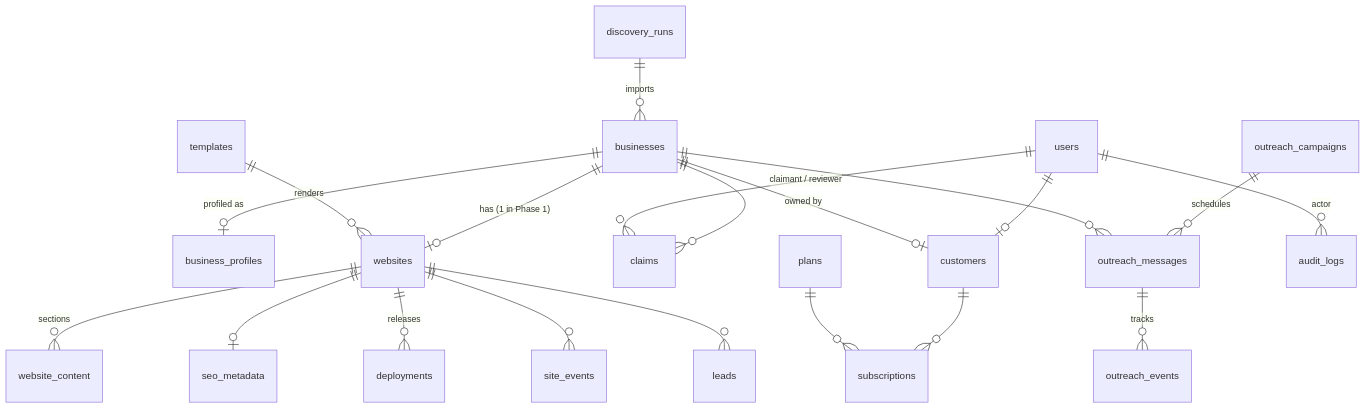
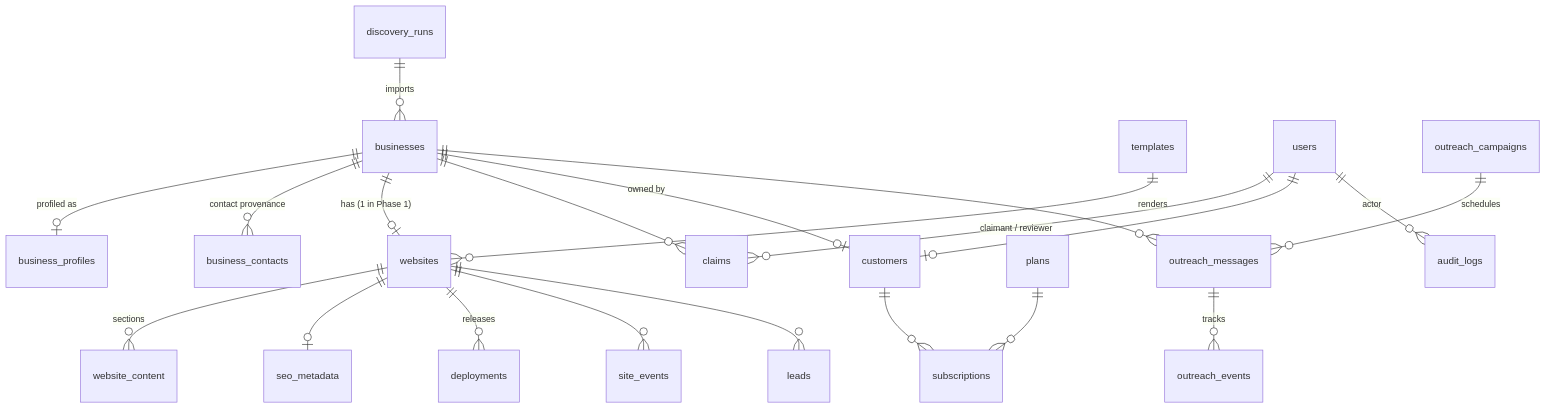
Before and after one commit to samgamoza/gumaweb: the diagram in docs/DATABASE_DESIGN.md, drawn with Mermaid. The commit also changed other lines of this file and 20 other files, not shown here.

First line of the commit message:
Add domain-level suppression and contact provenance (port step 2)

````diff
--- a/docs/DATABASE_DESIGN.md
+++ b/docs/DATABASE_DESIGN.md
@@ -22,22 +22,23 @@
 ```mermaid
 erDiagram
     discovery_runs ||--o{ businesses : imports
     businesses ||--o| business_profiles : "profiled as"
+    businesses ||--o{ business_contacts : "contact provenance"
     businesses ||--o| websites : "has (1 in Phase 1)"
     templates ||--o{ websites : renders
     websites ||--o{ website_content : "sections"
     websites ||--o| seo_metadata : ""
     websites ||--o{ deployments : "releases"
     websites ||--o{ site_events : ""
     websites ||--o{ leads : ""
     businesses ||--o{ claims : ""
     users ||--o{ claims : "claimant / reviewer"
     users ||--o| customers : ""
     businesses ||--o| customers : "owned by"
     customers ||--o{ subscriptions : ""
     plans ||--o{ subscriptions : ""
     outreach_campaigns ||--o{ outreach_messages : schedules
     businesses ||--o{ outreach_messages : ""
     outreach_messages ||--o{ outreach_events : tracks
     users ||--o{ audit_logs : "actor"
 ```
````
